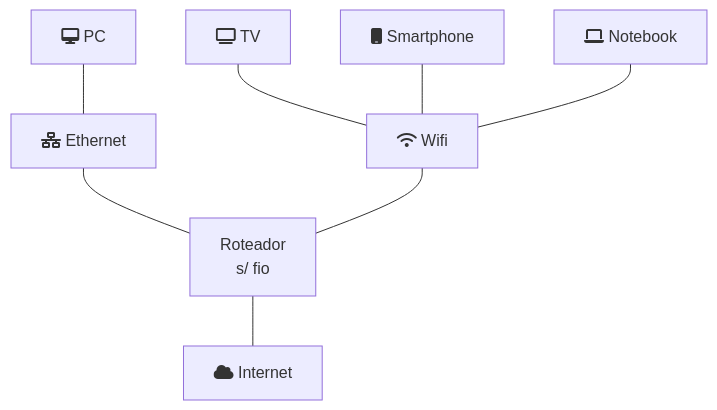
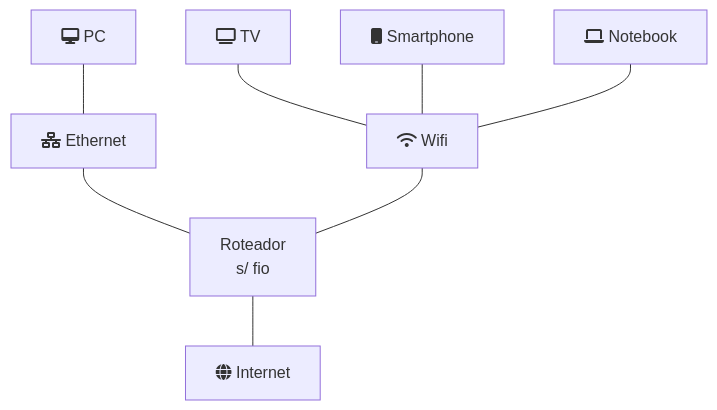
Before and after one commit to ifrnlab/netlab: the diagram in diagramas/rede-residencial.md, drawn with Mermaid.

````diff
--- a/diagramas/rede-residencial.md
+++ b/diagramas/rede-residencial.md
@@ -3,21 +3,20 @@
 ```mermaid
 graph TD
 
   %% Dispositivos
   tv[fa:fa-tv TV]
   fone[fa:fa-mobile Smartphone]
   notebook[fa:fa-laptop Notebook]
   pc[fa:fa-desktop PC]
   roteador["Roteador<br>s/ fio"]
   
   %% Redes
   ethernet[fa:fa-network-wired Ethernet]
-  wifi[fa:fa-wifi Wifi]
-  internet[fa:fa-cloud Internet]
+  wifi["fa:fa-wifi Wifi"]
+  internet[fa:fa-globe Internet]
   
   %% Ligações entre redes e dispositivos
   pc --- ethernet
   tv & fone & notebook --- wifi
   ethernet & wifi --- roteador --- internet
-
 ```
````
